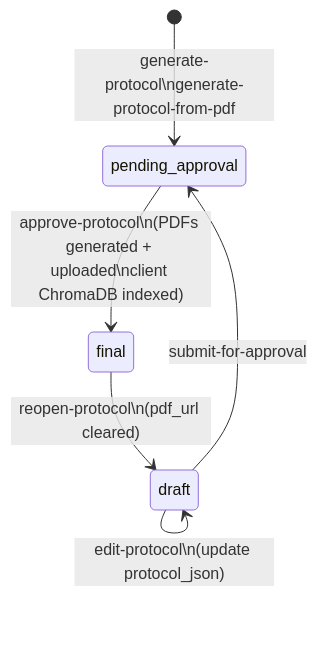
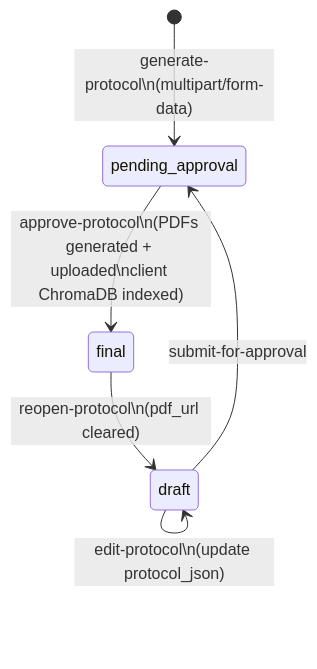
The second of 4 diagrams in flowchart.md (naddamumtazCcript/report-system), drawn with Mermaid before and after one commit. The commit also changed other lines of this file and 7 other files, not shown here.

````diff
--- a/flowchart.md
+++ b/flowchart.md
@@ -150,12 +158,12 @@
 ```mermaid
 stateDiagram-v2
-    [*] --> pending_approval : generate-protocol\ngenerate-protocol-from-pdf
+    [*] --> pending_approval : generate-protocol\n(multipart/form-data)
 
     pending_approval --> final : approve-protocol\n(PDFs generated + uploaded\nclient ChromaDB indexed)
 
     final --> draft : reopen-protocol\n(pdf_url cleared)
 
     draft --> pending_approval : submit-for-approval
 
     draft --> draft : edit-protocol\n(update protocol_json)
 ```
````
